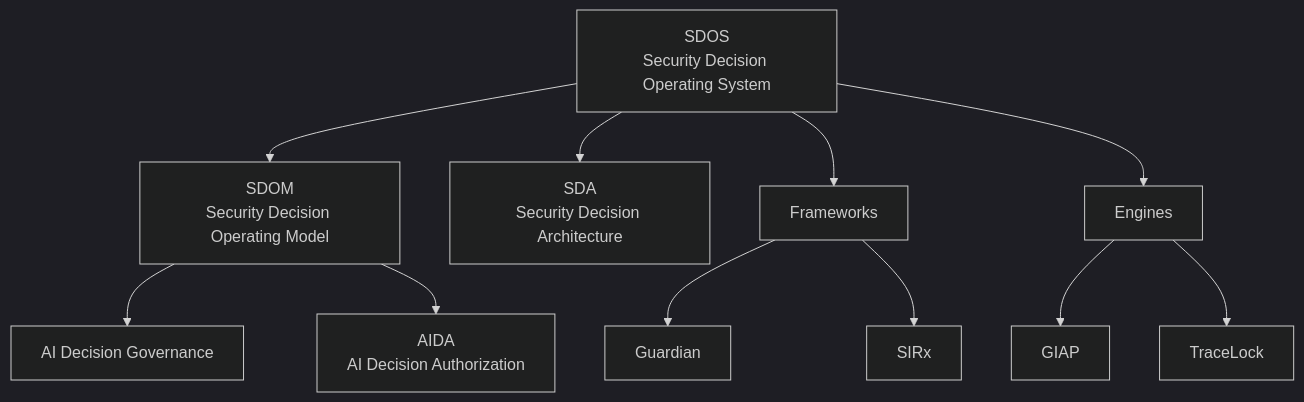
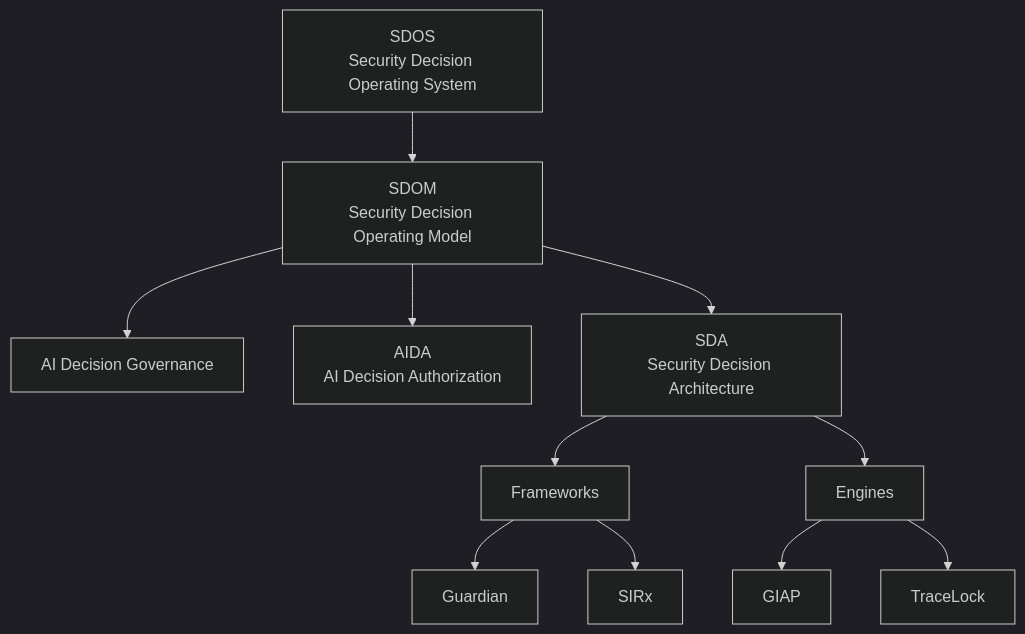
Before and after one commit to Pharns/portfolio: the diagram in docs/architecture/security-decision-architecture.md, drawn with Mermaid (dark theme). The commit also changed other lines of this file and 2 other files, not shown here.

Commit message:
Refine SDOS signature diagram hierarchy

````diff
--- a/docs/architecture/security-decision-architecture.md
+++ b/docs/architecture/security-decision-architecture.md
@@ -64,28 +65,27 @@
     ```mermaid
     flowchart TD
         SDOS["SDOS<br/>Security Decision Operating System"]
         SDOM["SDOM<br/>Security Decision Operating Model"]
         AIG["AI Decision Governance"]
         AIDA["AIDA<br/>AI Decision Authorization"]
         SDA["SDA<br/>Security Decision Architecture"]
         F["Frameworks"]
         G["Guardian"]
         S["SIRx"]
         E["Engines"]
         GIAP["GIAP"]
         TL["TraceLock"]
 
         SDOS --> SDOM
-        SDOS --> SDA
-        SDOS --> F
-        SDOS --> E
-
         SDOM --> AIG
         SDOM --> AIDA
+        SDOM --> SDA
 
         F --> G
         F --> S
 
+        SDA --> F
+        SDA --> E
         E --> GIAP
         E --> TL
     ```
````
